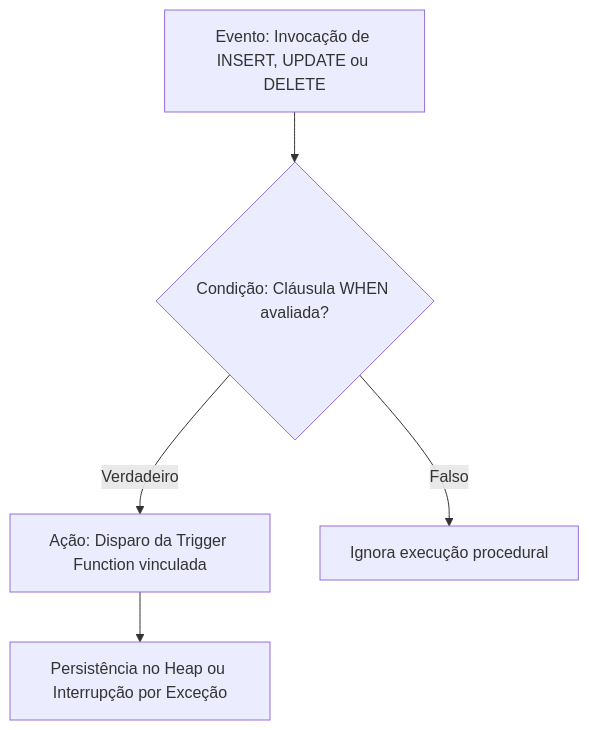
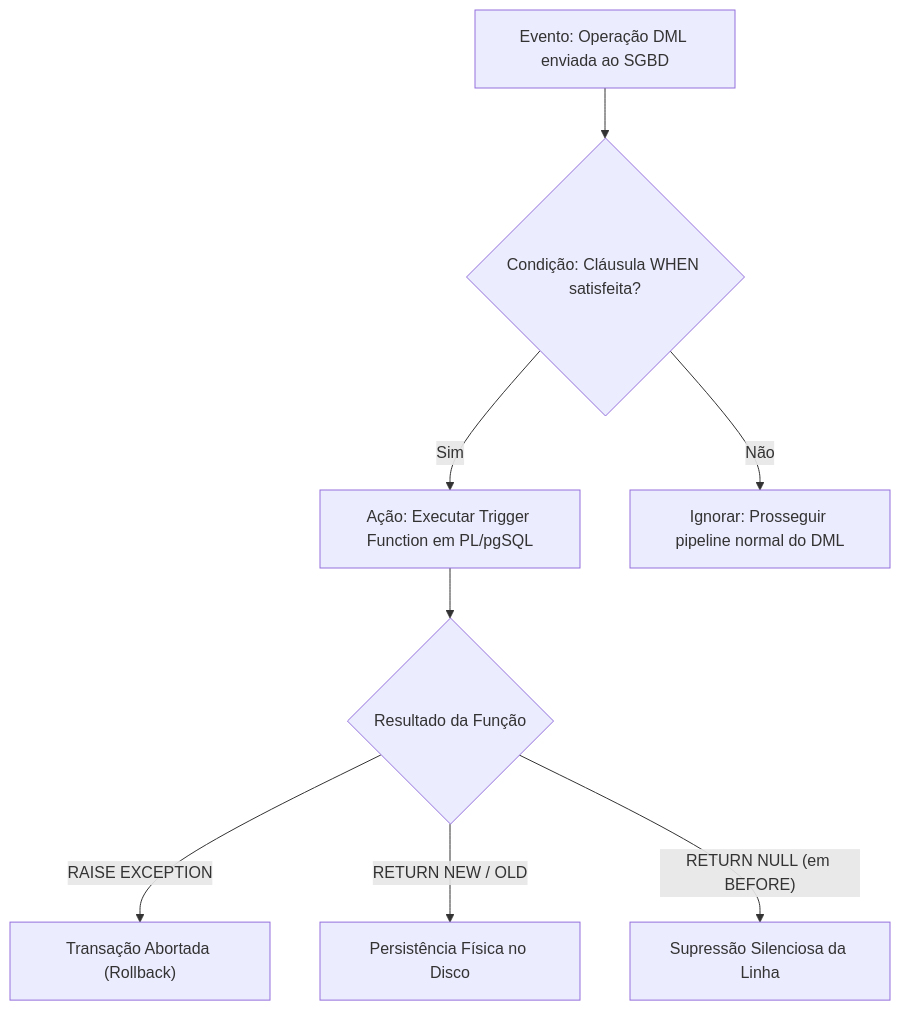
Before and after one commit to murilolol/unifef: the tenth of 11 diagrams in 4º Semestre/[Prof. Welington Garcia] Tópicos Avançados em Banco de Dados/Resumos-IA/Simulados-Comentados.md, drawn with Mermaid. The commit also changed other lines of this file and 58 other files, not shown here.

````diff
--- a/4º Semestre/[Prof. Welington Garcia] Tópicos Avançados em Banco de Dados/Resumos-IA/Simulados-Comentados.md
+++ b/4º Semestre/[Prof. Welington Garcia] Tópicos Avançados em Banco de Dados/Resumos-IA/Simulados-Comentados.md
@@ -906,7 +1229,10 @@
 ```mermaid
 flowchart TD
-  E["Evento: Invocação de INSERT, UPDATE ou DELETE"] --> C{"Condição: Cláusula WHEN avaliada?"}
-  C -- Verdadeiro --> A["Ação: Disparo da Trigger Function vinculada"]
-  C -- Falso --> Discard["Ignora execução procedural"]
-  A --> Fim["Persistência no Heap ou Interrupção por Exceção"]
+    E["Evento: Operação DML enviada ao SGBD"] --> C{"Condição: Cláusula WHEN satisfeita?"}
+    C -- "Sim" --> A["Ação: Executar Trigger Function em PL/pgSQL"]
+    C -- "Não" --> D["Ignorar: Prosseguir pipeline normal do DML"]
+    A --> Res{"Resultado da Função"}
+    Res -- "RAISE EXCEPTION" --> Roolback["Transação Abortada (Rollback)"]
+    Res -- "RETURN NEW / OLD" --> Disk["Persistência Física no Disco"]
+    Res -- "RETURN NULL (em BEFORE)" --> Silent["Supressão Silenciosa da Linha"]
 ```
````
